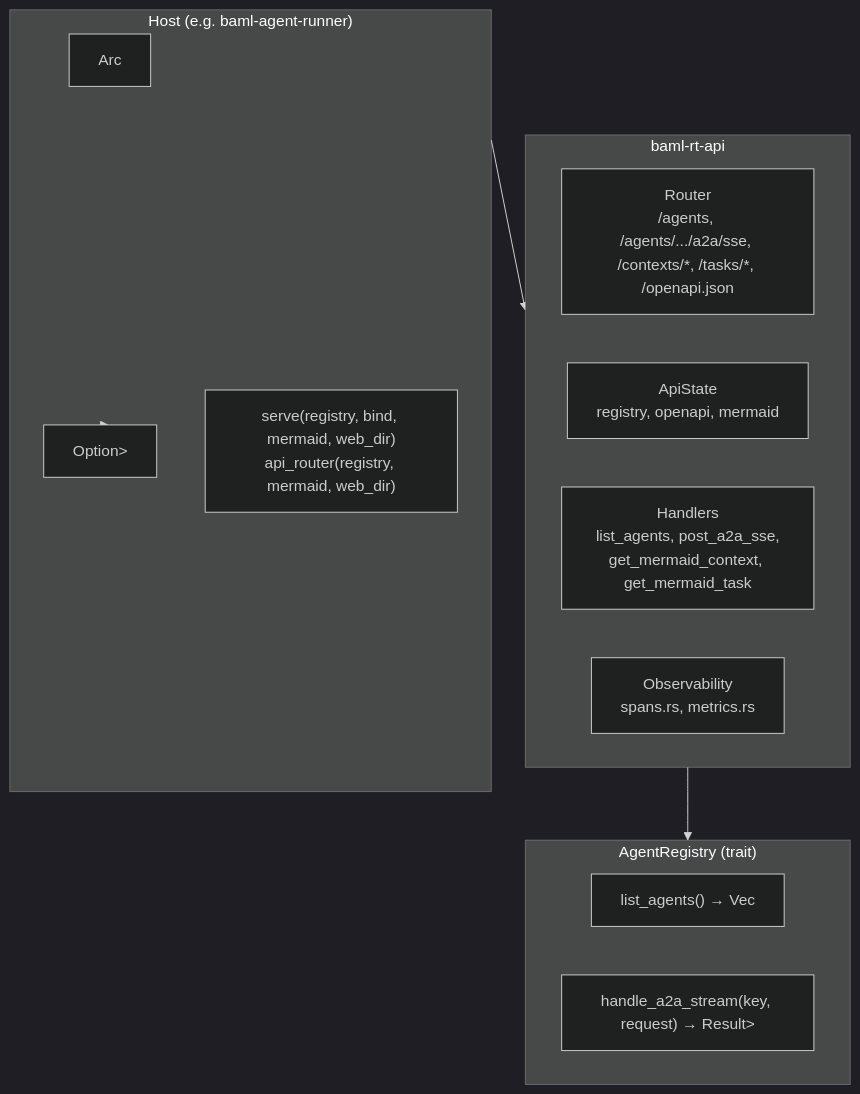
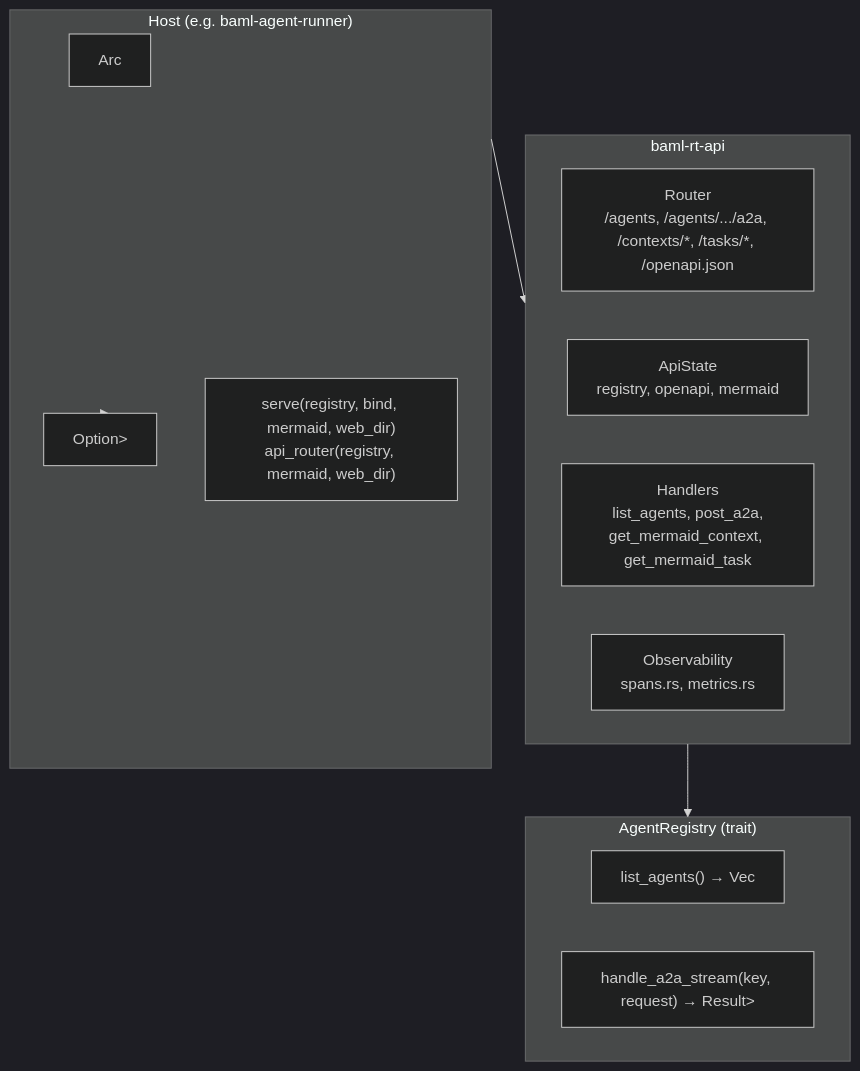
The diagram in crates/baml-rt-api/README.md (semiotic-agentium/agentium-os), drawn with Mermaid (dark theme) before and after one commit. The commit also changed other lines of this file and 29 other files, not shown here.

````diff
--- a/crates/baml-rt-api/README.md
+++ b/crates/baml-rt-api/README.md
@@ -9,24 +9,24 @@
 ```mermaid
 flowchart TB
   subgraph Host["Host (e.g. baml-agent-runner)"]
     Registry["Arc<dyn AgentRegistry>"]
     Mermaid["Option<Arc<dyn MermaidService>>"]
     Entry["serve(registry, bind, mermaid, web_dir)\napi_router(registry, mermaid, web_dir)"]
   end
 
   subgraph API["baml-rt-api"]
-    Router["Router\n/agents, /agents/.../a2a/sse, /contexts/*, /tasks/*, /openapi.json"]
+    Router["Router\n/agents, /agents/.../a2a, /contexts/*, /tasks/*, /openapi.json"]
     State["ApiState\nregistry, openapi, mermaid"]
-    Handlers["Handlers\nlist_agents, post_a2a_sse,\nget_mermaid_context, get_mermaid_task"]
+    Handlers["Handlers\nlist_agents, post_a2a,\nget_mermaid_context, get_mermaid_task"]
     Obs["Observability\nspans.rs, metrics.rs"]
   end
 
   subgraph Trait["AgentRegistry (trait)"]
     List["list_agents() → Vec<AgentDiscoveryEntry>"]
     A2a["handle_a2a_stream(key, request) → Result<BusStream<Value>>"]
   end
 
   Host --> API
   Host --> Mermaid
   API --> Trait
 ```
````
